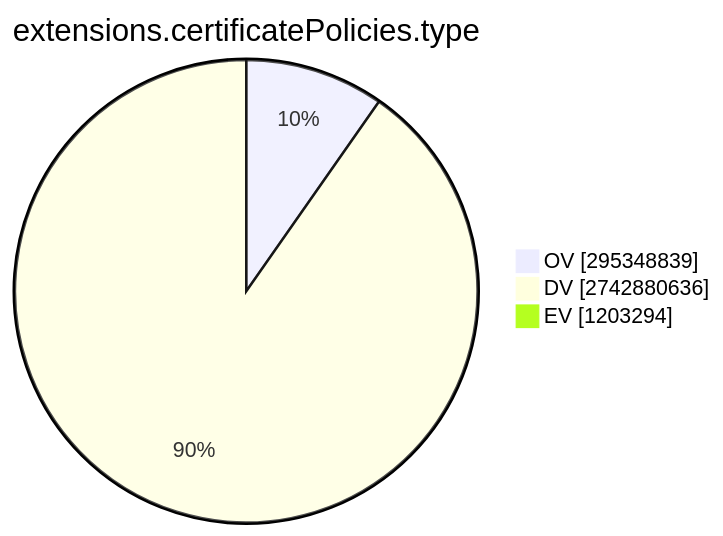
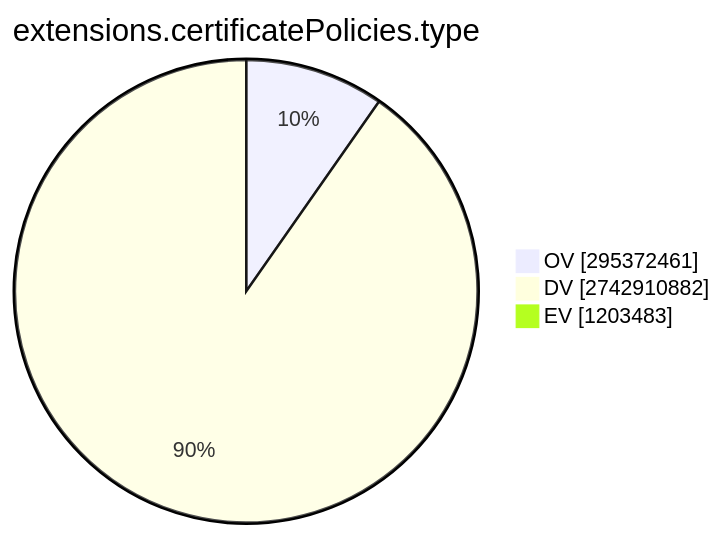
Before and after one commit to christiankrug/ctmonitor_visualization: the ninth of 15 diagrams in TOTAL/README.md, drawn with Mermaid. The commit also changed other lines of this file, not shown here.

````diff
--- a/TOTAL/README.md
+++ b/TOTAL/README.md
@@ -3095,7 +3095,7 @@
 ```mermaid
 pie showData
 title extensions.certificatePolicies.type
-"OV" :295348839
-"DV" :2742880636
-"EV" :1203294
+"OV" :295372461
+"DV" :2742910882
+"EV" :1203483
 ```
````
